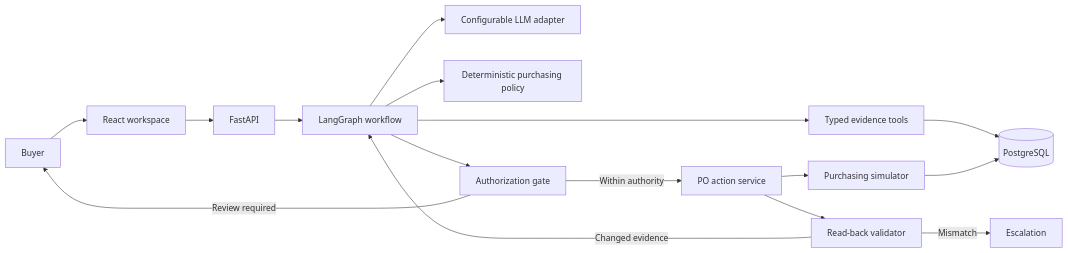
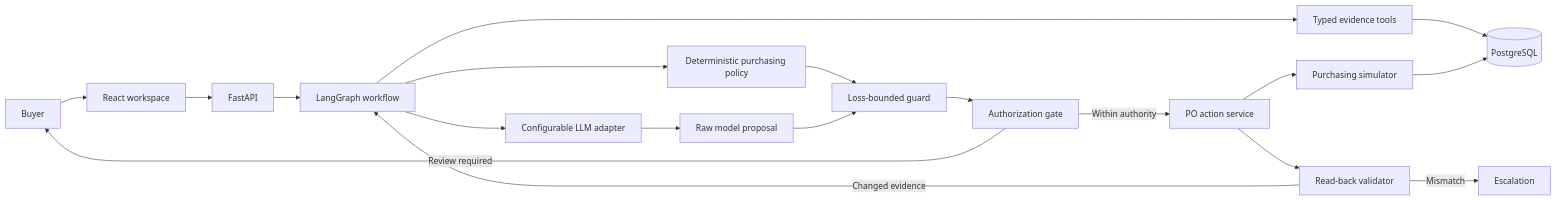
One commit to pseudo-nikhilk18/AI-Buyer-Agent-project changed the diagram in docs/architecture.md. Above: the diagram before and after it, drawn with Mermaid. The commit also changed other lines of this file and 30 other files, not shown here.

````diff
--- a/docs/architecture.md
+++ b/docs/architecture.md
@@ -9,18 +9,21 @@
 ```mermaid
 flowchart LR
     Buyer[Buyer] --> Web[React workspace]
     Web --> API[FastAPI]
     API --> Graph[LangGraph workflow]
     Graph --> LLM[Configurable LLM adapter]
     Graph --> Tools[Typed evidence tools]
     Tools --> DB[(PostgreSQL)]
     Graph --> Policy[Deterministic purchasing policy]
-    Graph --> Auth[Authorization gate]
+    LLM --> Proposal[Raw model proposal]
+    Policy --> Guard[Loss-bounded guard]
+    Proposal --> Guard
+    Guard --> Auth[Authorization gate]
     Auth -->|Within authority| Action[PO action service]
     Auth -->|Review required| Buyer
     Action --> Simulator[Purchasing simulator]
     Simulator --> DB
     Action --> Validator[Read-back validator]
     Validator -->|Changed evidence| Graph
     Validator -->|Mismatch| Escalate[Escalation]
 ```
````
